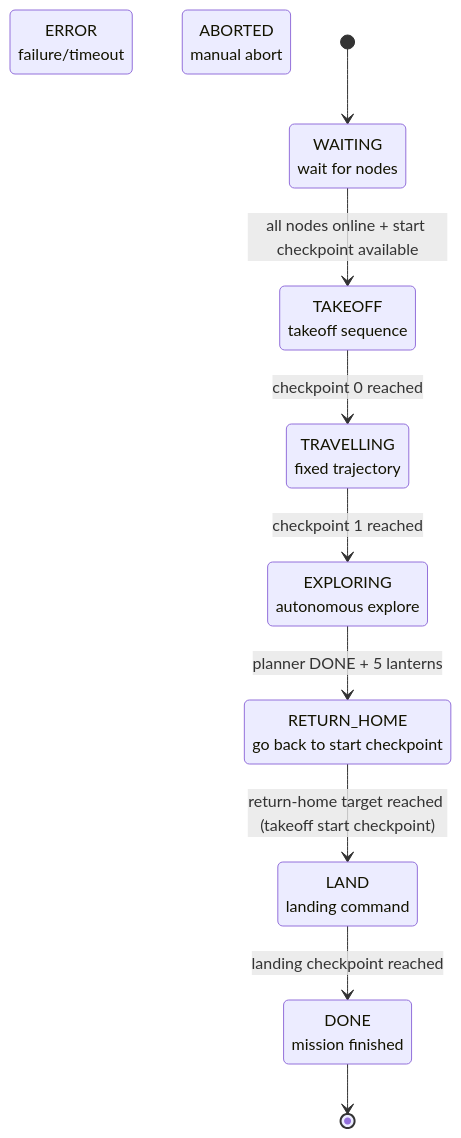
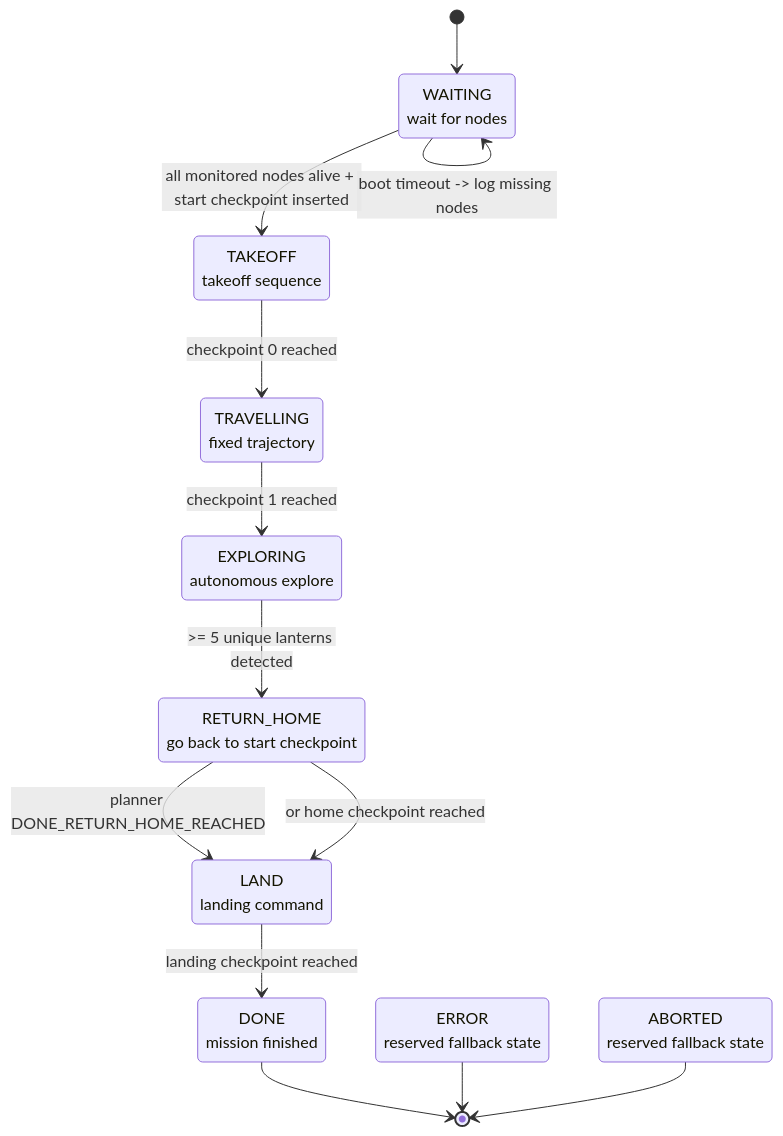
The fourth of 4 diagrams in README.md (lkitzbichler/Autonomous-Systems-Sub-Terrain-Challenge-GR04), drawn with Mermaid before and after one commit. The commit also changed other lines of this file and 2 other files, not shown here.

````diff
--- a/README.md
+++ b/README.md
@@ -527,23 +545,27 @@
 ```mermaid
 stateDiagram-v2
   state "WAITING<br>wait for nodes" as WAITING
   state "TAKEOFF<br>takeoff sequence" as TAKEOFF
   state "TRAVELLING<br>fixed trajectory" as TRAVELLING
   state "EXPLORING<br>autonomous explore" as EXPLORING
   state "RETURN_HOME<br>go back to start checkpoint" as RETURN_HOME
   state "LAND<br>landing command" as LAND
   state "DONE<br>mission finished" as DONE
-  state "ERROR<br>failure/timeout" as ERROR
-  state "ABORTED<br>manual abort" as ABORTED
+  state "ERROR<br>reserved fallback state" as ERROR
+  state "ABORTED<br>reserved fallback state" as ABORTED
 
   [*] --> WAITING
-  WAITING --> TAKEOFF: all nodes online + start checkpoint available
+  WAITING --> TAKEOFF: all monitored nodes alive + start checkpoint inserted
+  WAITING --> WAITING: boot timeout -> log missing nodes
   TAKEOFF --> TRAVELLING: checkpoint 0 reached
   TRAVELLING --> EXPLORING: checkpoint 1 reached
-  EXPLORING --> RETURN_HOME: planner DONE + 5 lanterns
-  RETURN_HOME --> LAND: return-home target reached (takeoff start checkpoint)
+  EXPLORING --> RETURN_HOME: >= 5 unique lanterns detected
+  RETURN_HOME --> LAND: planner DONE_RETURN_HOME_REACHED
+  RETURN_HOME --> LAND: or home checkpoint reached
   LAND --> DONE: landing checkpoint reached
 
   DONE --> [*]
+  ERROR --> [*]
+  ABORTED --> [*]
 
 ```
````
